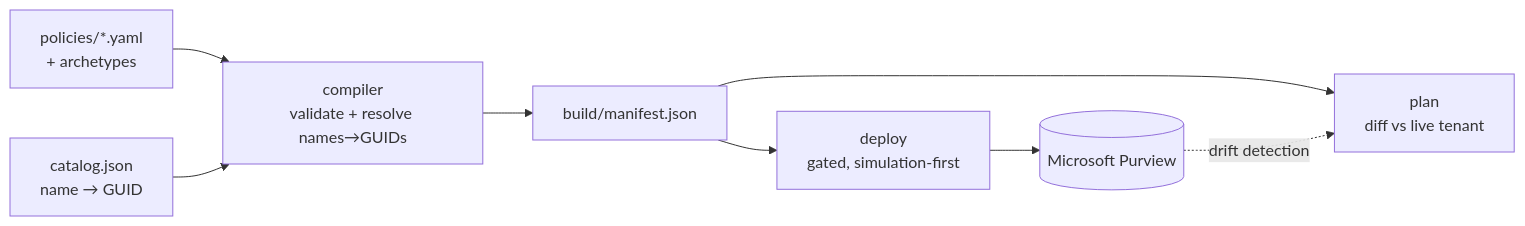
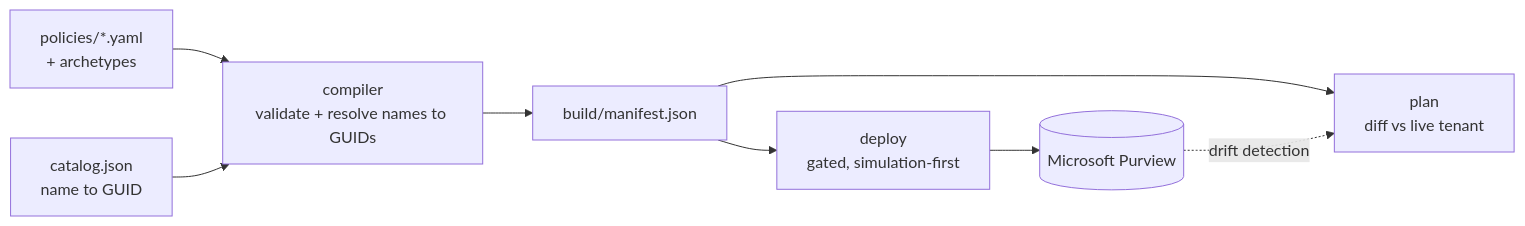
The diagram in README.md (s0undsystem/DLP-as-Code), drawn with Mermaid before and after one commit. The commit also changed other lines of this file and 1 other file, not shown here.

````diff
--- a/README.md
+++ b/README.md
@@ -32,10 +129,10 @@
 ```mermaid
 flowchart LR
-    A[policies/*.yaml<br/>+ archetypes] --> B[compiler<br/>validate + resolve names→GUIDs]
-    C[catalog.json<br/>name → GUID] --> B
+    A[policies/*.yaml<br/>+ archetypes] --> B[compiler<br/>validate + resolve names to GUIDs]
+    C[catalog.json<br/>name to GUID] --> B
     B --> D[build/manifest.json]
     D --> E[plan<br/>diff vs live tenant]
     D --> F[deploy<br/>gated, simulation-first]
     F --> G[(Microsoft Purview)]
     G -. drift detection .-> E
 ```
````
